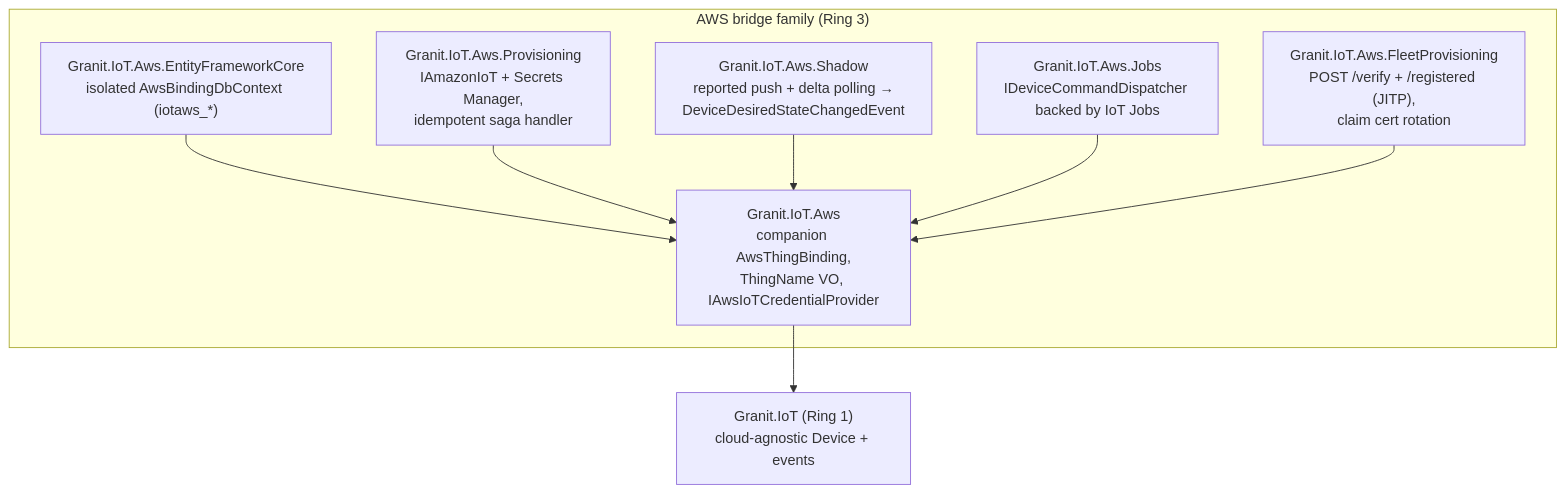
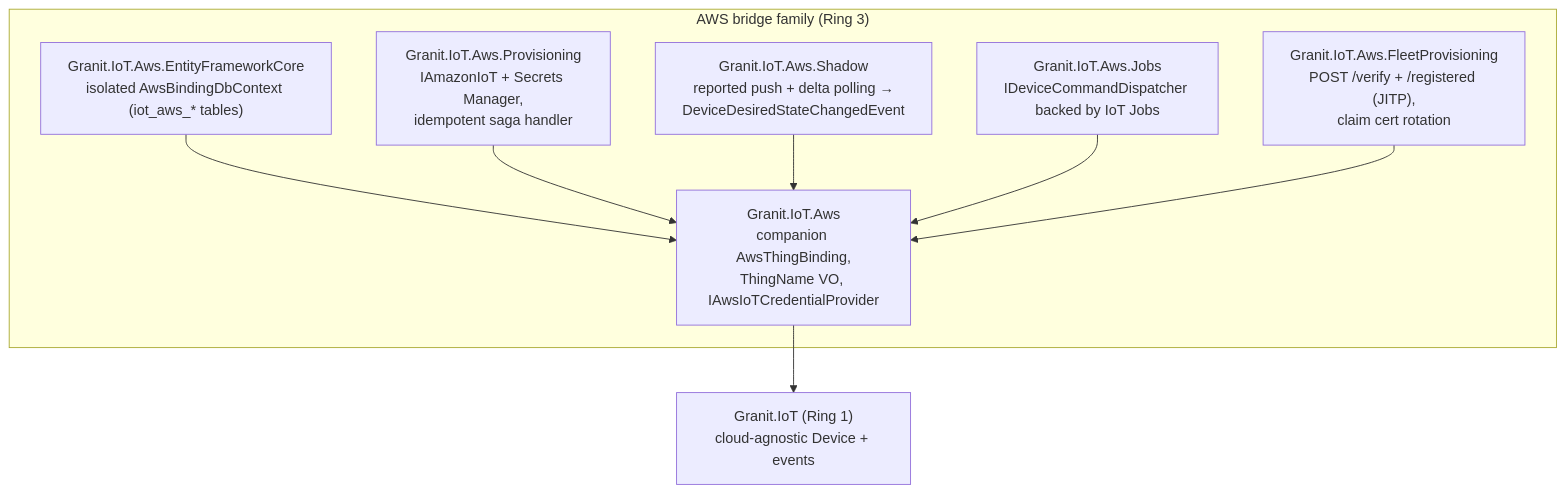
One commit to granit-fx/granit-docs changed the first of 4 diagrams in src/content/docs/dotnet/iot/aws/index.mdx. Above: the diagram before and after it, drawn with Mermaid. The commit also changed other lines of this file and 12 other files, not shown here.

First line of the commit message:
docs(iot): sync IoT reference with live granit-iot source

````diff
--- a/src/content/docs/dotnet/iot/aws/index.mdx
+++ b/src/content/docs/dotnet/iot/aws/index.mdx
@@ -39,20 +39,20 @@
 ```mermaid
 flowchart TB
   CORE["Granit.IoT (Ring 1)<br/>cloud-agnostic Device + events"]
 
   subgraph "AWS bridge family (Ring 3)"
     AWS["Granit.IoT.Aws<br/>companion AwsThingBinding,<br/>ThingName VO, IAwsIoTCredentialProvider"]
-    EF["Granit.IoT.Aws.EntityFrameworkCore<br/>isolated AwsBindingDbContext (iotaws_*)"]
+    EF["Granit.IoT.Aws.EntityFrameworkCore<br/>isolated AwsBindingDbContext (iot_aws_* tables)"]
     P["Granit.IoT.Aws.Provisioning<br/>IAmazonIoT + Secrets Manager,<br/>idempotent saga handler"]
     S["Granit.IoT.Aws.Shadow<br/>reported push + delta polling →<br/>DeviceDesiredStateChangedEvent"]
     J["Granit.IoT.Aws.Jobs<br/>IDeviceCommandDispatcher backed by IoT Jobs"]
     FP["Granit.IoT.Aws.FleetProvisioning<br/>POST /verify + /registered (JITP),<br/>claim cert rotation"]
   end
 
   AWS --> CORE
   EF --> AWS
   P --> AWS
   S --> AWS
   J --> AWS
   FP --> AWS
 ```
````
